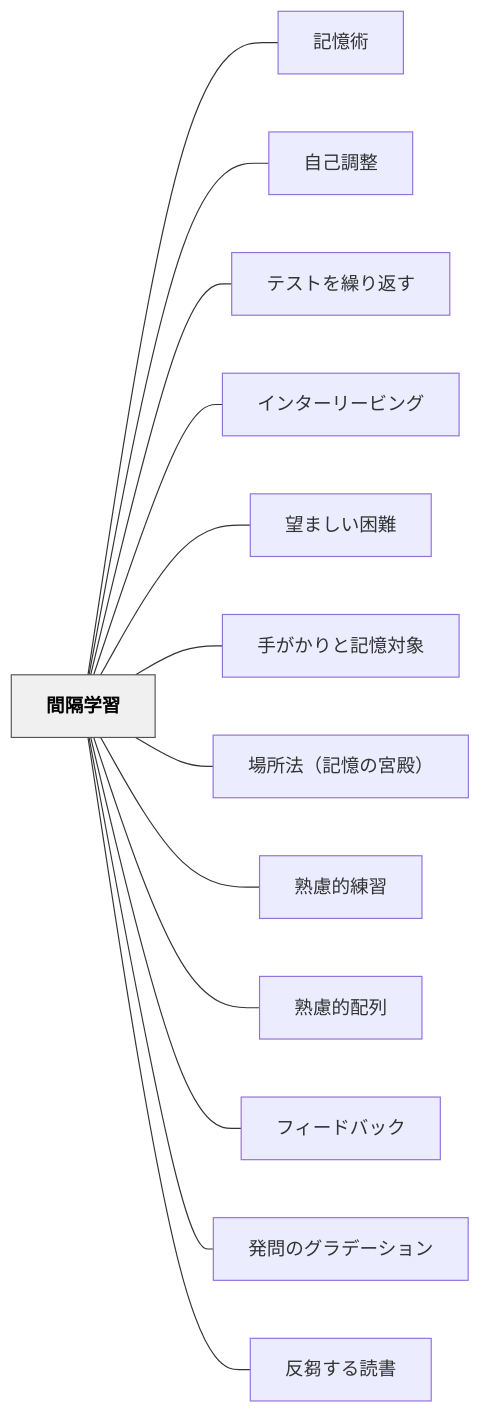
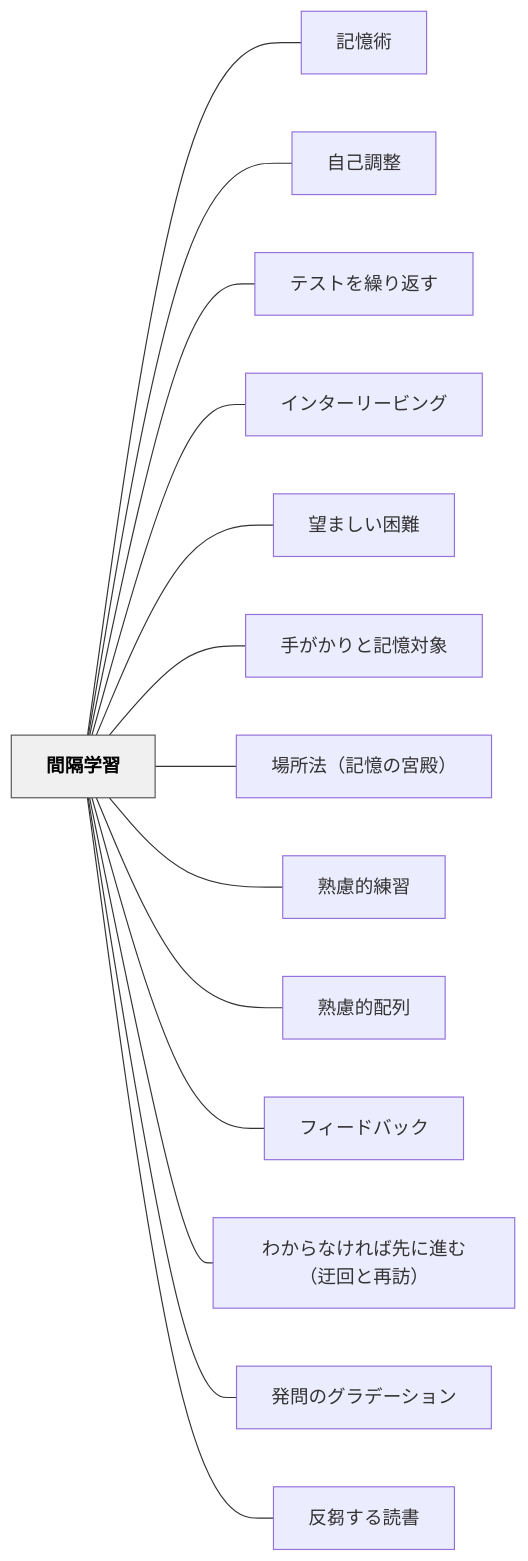
One commit to unknownthings-ed-patterns/unknownthings-ed-patterns changed the diagram in content/パタン/間隔学習.md. Above: the diagram before and after it, drawn with Mermaid. The commit also changed other lines of this file and 1 other file, not shown here.

Commit message:
auto: Obsidianから同期 2026-06-11 04:54

````diff
--- a/content/パタン/間隔学習.md
+++ b/content/パタン/間隔学習.md
@@ -174,32 +175,34 @@
 ```mermaid
 flowchart LR
     ne99693e99a94e5ada6e7bf92["間隔学習"]
     ne8a898e686b6e8a193["記憶術"]
     ne887aae5b7b1e8aabfe695b4["自己調整"]
     ne38386e382b9e38388e38292e7b9b0e3828ae8bf94e38199["テストを繰り返す"]
     ne382a4e383b3e382bfe383bce383aae383bce38393e383b3e382b0["インターリービング"]
     ne69c9be381bee38197e38184e59bb0e99ba3["望ましい困難"]
     ne6898be3818ce3818be3828ae381a8e8a898e686b6e5afbee8b1a1["手がかりと記憶対象"]
     ne5a0b4e68980e6b395efbc88e8a898e686b6e381aee5aeaee6aebfefbc89["場所法（記憶の宮殿）"]
     ne7869fe685aee79a84e7b7b4e7bf92["熟慮的練習"]
     ne7869fe685aee79a84e9858de58897["熟慮的配列"]
     ne38395e382a3e383bce38389e38390e38383e382af["フィードバック"]
+    ne3828fe3818be38289e381aae38191e3828ce381b0e58588e381abe980b2e38280efbc88e8bf82e59b9ee381a8e5868de8a8aaefbc89["わからなければ先に進む（迂回と再訪）"]
     ne799bae5958fe381aee382b0e383a9e38387e383bce382b7e383a7e383b3["発問のグラデーション"]
     ne58f8de88abbe38199e3828be8aaade69bb8["反芻する読書"]
 
     ne99693e99a94e5ada6e7bf92 --- ne8a898e686b6e8a193
     ne99693e99a94e5ada6e7bf92 --- ne887aae5b7b1e8aabfe695b4
     ne99693e99a94e5ada6e7bf92 --- ne38386e382b9e38388e38292e7b9b0e3828ae8bf94e38199
     ne99693e99a94e5ada6e7bf92 --- ne382a4e383b3e382bfe383bce383aae383bce38393e383b3e382b0
     ne99693e99a94e5ada6e7bf92 --- ne69c9be381bee38197e38184e59bb0e99ba3
     ne99693e99a94e5ada6e7bf92 --- ne6898be3818ce3818be3828ae381a8e8a898e686b6e5afbee8b1a1
     ne99693e99a94e5ada6e7bf92 --- ne5a0b4e68980e6b395efbc88e8a898e686b6e381aee5aeaee6aebfefbc89
     ne99693e99a94e5ada6e7bf92 --- ne7869fe685aee79a84e7b7b4e7bf92
     ne99693e99a94e5ada6e7bf92 --- ne7869fe685aee79a84e9858de58897
     ne99693e99a94e5ada6e7bf92 --- ne38395e382a3e383bce38389e38390e38383e382af
+    ne99693e99a94e5ada6e7bf92 --- ne3828fe3818be38289e381aae38191e3828ce381b0e58588e381abe980b2e38280efbc88e8bf82e59b9ee381a8e5868de8a8aaefbc89
     ne99693e99a94e5ada6e7bf92 --- ne799bae5958fe381aee382b0e383a9e38387e383bce382b7e383a7e383b3
     ne99693e99a94e5ada6e7bf92 --- ne58f8de88abbe38199e3828be8aaade69bb8
 
     classDef hub fill:#f0f0f0,stroke:#555,color:#000,font-weight:bold
     class ne99693e99a94e5ada6e7bf92 hub
 ```
````
